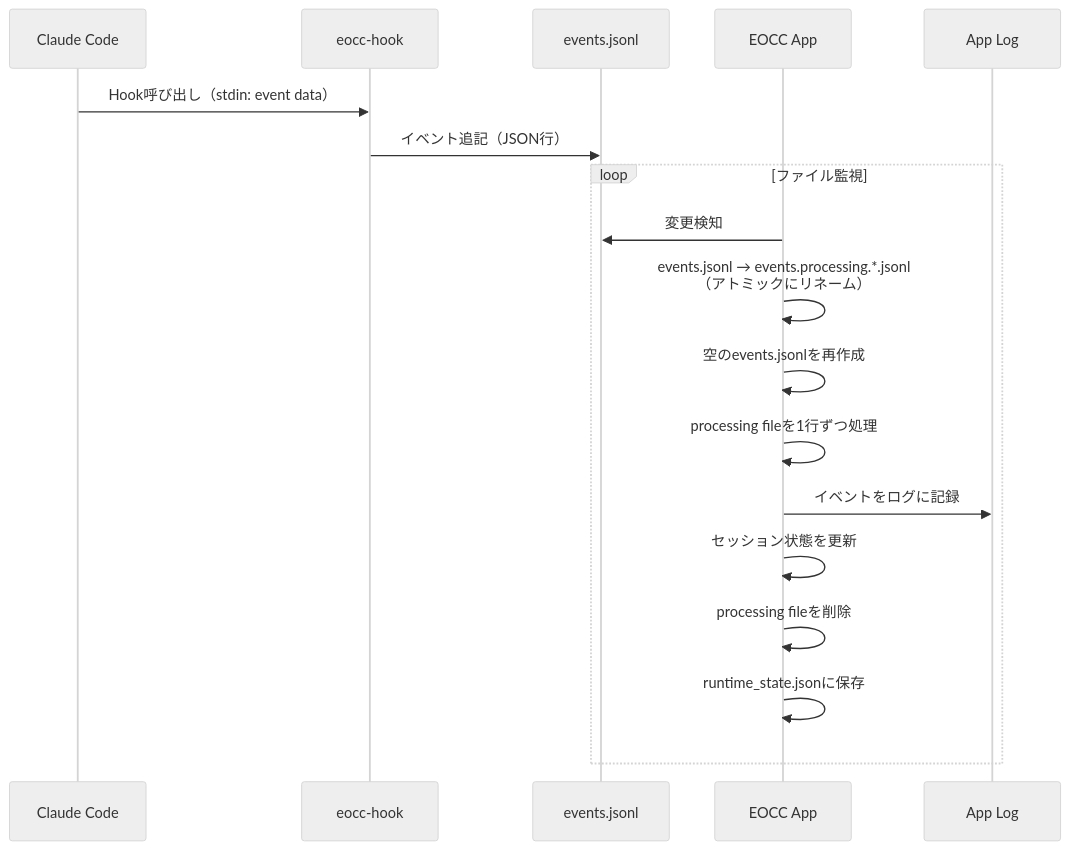
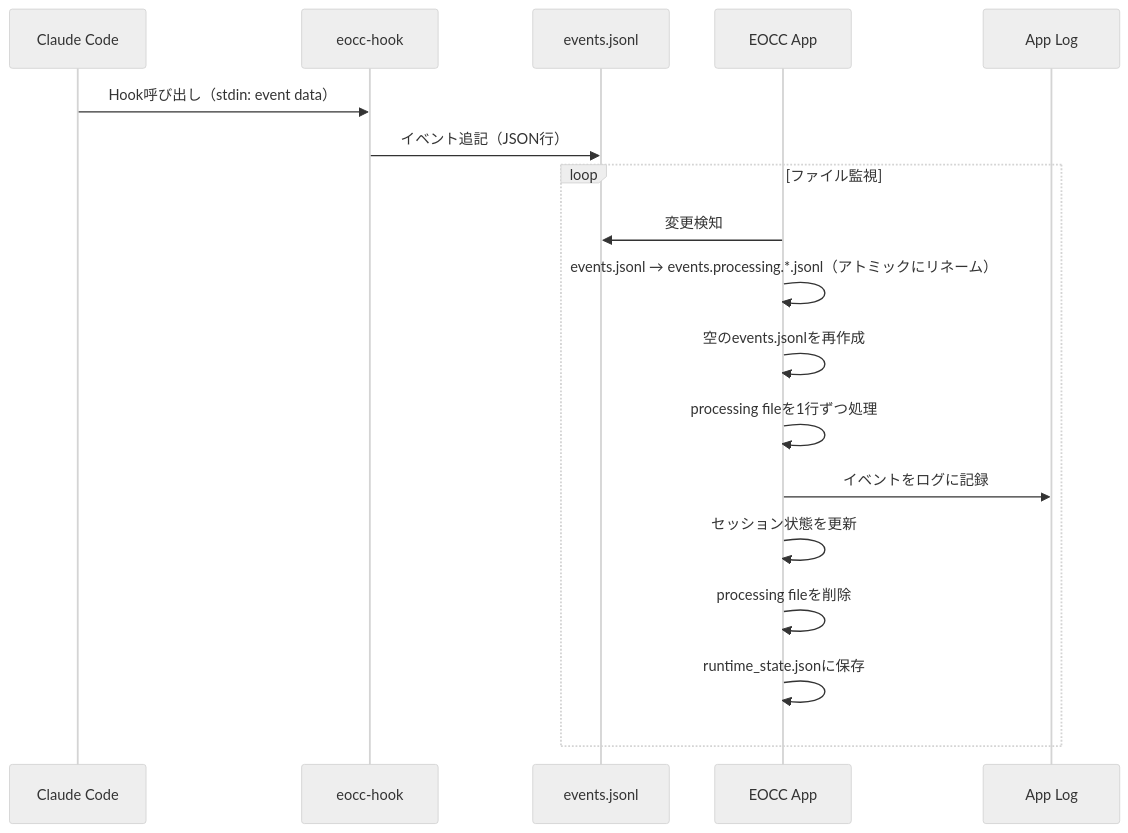
Before and after one commit to kexi/eyes-on-claude-code: the diagram in README.md, drawn with Mermaid (neutral theme). The commit also changed other lines of this file, not shown here.

````diff
--- a/README.md
+++ b/README.md
@@ -141,22 +158,22 @@
 ```mermaid
 sequenceDiagram
     participant CC as Claude Code
     participant Hook as eocc-hook
     participant Queue as events.jsonl
     participant App as EOCC App
     participant Log as App Log
 
     CC->>Hook: Hook呼び出し（stdin: event data）
     Hook->>Queue: イベント追記（JSON行）
 
     loop ファイル監視
         App->>Queue: 変更検知
-        App->>App: events.jsonl → events.processing.*.jsonl<br/>（アトミックにリネーム）
+        App->>App: events.jsonl → events.processing.*.jsonl（アトミックにリネーム）
         App->>App: 空のevents.jsonlを再作成
         App->>App: processing fileを1行ずつ処理
         App->>Log: イベントをログに記録
         App->>App: セッション状態を更新
         App->>App: processing fileを削除
         App->>App: runtime_state.jsonに保存
     end
 ```
````
